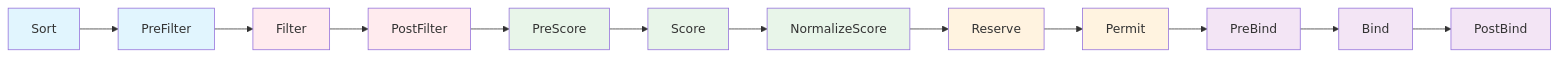
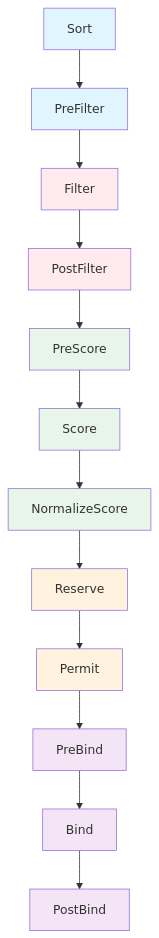
The diagram in content/collections/k8s-internals/k8s-scheduler.md (xuezhaojun/blog), drawn with Mermaid before and after one commit. The commit also changed other lines of this file and 2 other files, not shown here.

First line of the commit message:
Improve K8s internals articles: clarity, examples, and Mermaid diagrams

````diff
--- a/content/collections/k8s-internals/k8s-scheduler.md
+++ b/content/collections/k8s-internals/k8s-scheduler.md
@@ -83,27 +83,27 @@
 ```mermaid
-graph LR
+graph TD
     A[Sort] --> B[PreFilter]
     B --> C[Filter]
     C --> D[PostFilter]
     D --> E[PreScore]
     E --> F[Score]
     F --> G[NormalizeScore]
     G --> H[Reserve]
     H --> I[Permit]
     I --> J[PreBind]
     J --> K[Bind]
     K --> L[PostBind]
 
     style A fill:#e1f5fe
     style B fill:#e1f5fe
     style C fill:#ffebee
     style D fill:#ffebee
     style E fill:#e8f5e9
     style F fill:#e8f5e9
     style G fill:#e8f5e9
     style H fill:#fff3e0
     style I fill:#fff3e0
     style J fill:#f3e5f5
     style K fill:#f3e5f5
     style L fill:#f3e5f5
 ```
````
